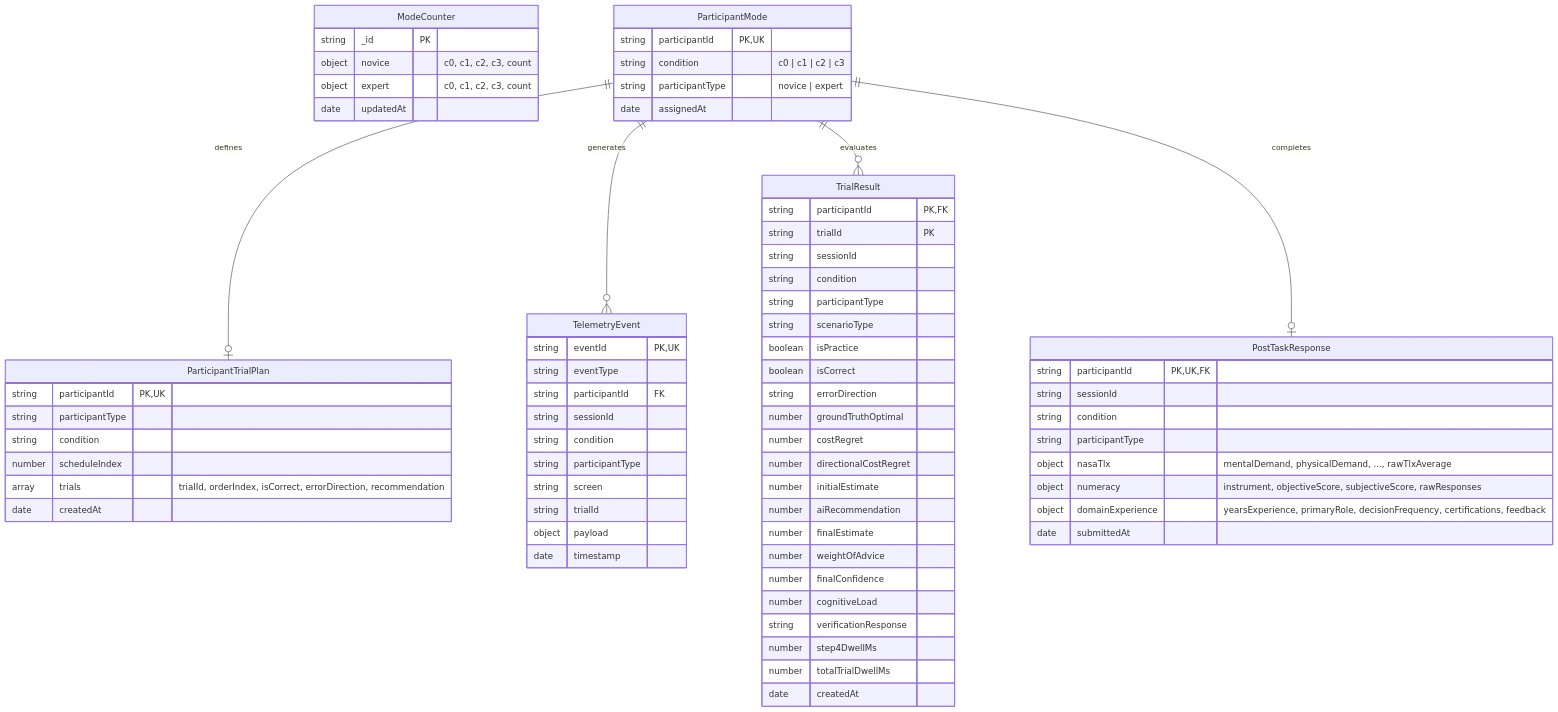
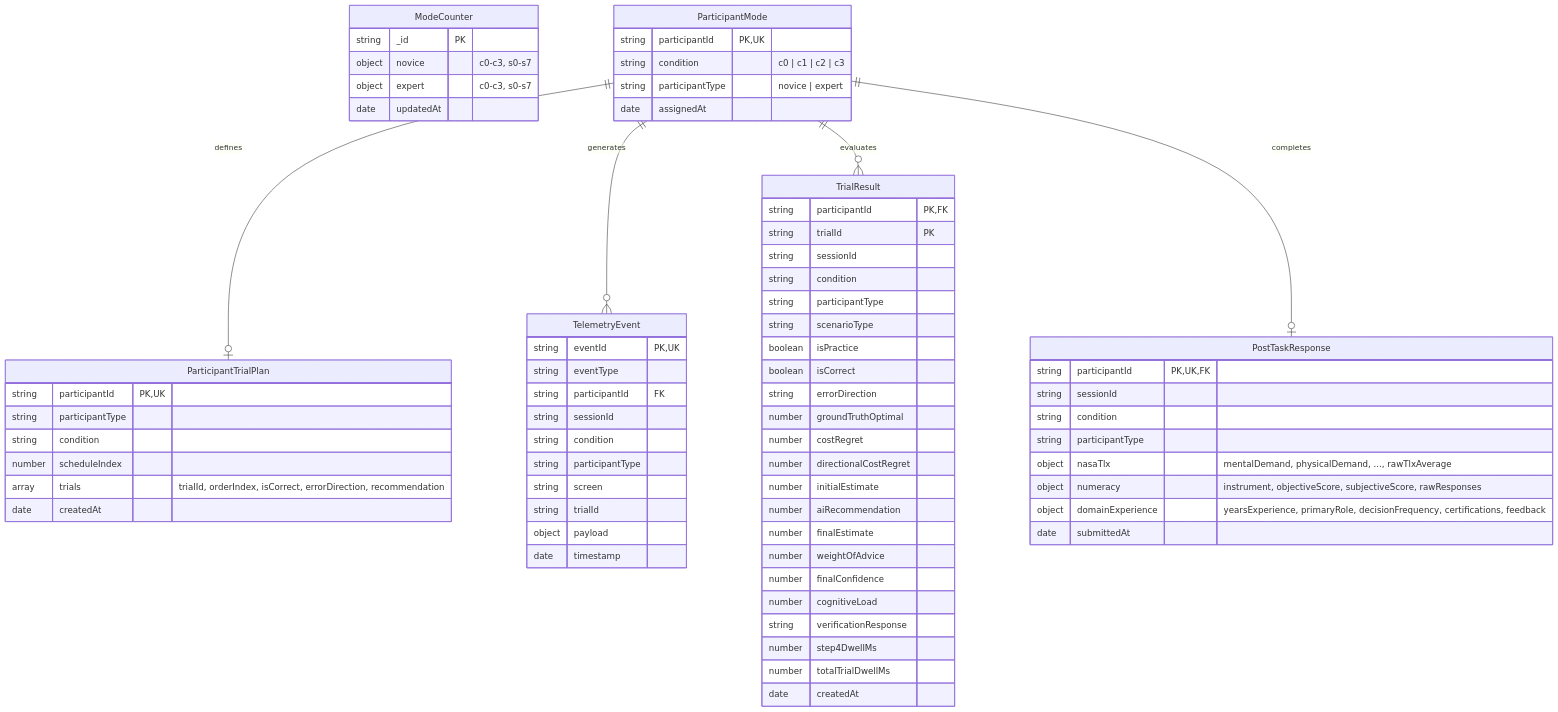
Before and after one commit to pranav18june/CHI-experiment: the third of 4 diagrams in TECHNICAL_REPORT.md, drawn with Mermaid. The commit also changed other lines of this file and 8 other files, not shown here.

````diff
--- a/TECHNICAL_REPORT.md
+++ b/TECHNICAL_REPORT.md
@@ -289,79 +290,79 @@
 ```mermaid
 erDiagram
     ModeCounter {
         string _id PK
-        object novice "c0, c1, c2, c3, count"
-        object expert "c0, c1, c2, c3, count"
+        object novice "c0-c3, s0-s7"
+        object expert "c0-c3, s0-s7"
         date updatedAt
     }
 
     ParticipantMode {
         string participantId PK, UK
         string condition "c0 | c1 | c2 | c3"
         string participantType "novice | expert"
         date assignedAt
     }
 
     ParticipantTrialPlan {
         string participantId PK, UK
         string participantType
         string condition
         number scheduleIndex
         array trials "trialId, orderIndex, isCorrect, errorDirection, recommendation"
         date createdAt
     }
 
     TelemetryEvent {
         string eventId PK, UK
         string eventType
         string participantId FK
         string sessionId
         string condition
         string participantType
         string screen
         string trialId
         object payload
         date timestamp
     }
 
     TrialResult {
         string participantId PK, FK
         string trialId PK
         string sessionId
         string condition
         string participantType
         string scenarioType
         boolean isPractice
         boolean isCorrect
         string errorDirection
         number groundTruthOptimal
         number costRegret
         number directionalCostRegret
         number initialEstimate
         number aiRecommendation
         number finalEstimate
         number weightOfAdvice
         number finalConfidence
         number cognitiveLoad
         string verificationResponse
         number step4DwellMs
         number totalTrialDwellMs
         date createdAt
     }
 
     PostTaskResponse {
         string participantId PK, UK, FK
         string sessionId
         string condition
         string participantType
         object nasaTlx "mentalDemand, physicalDemand, ..., rawTlxAverage"
         object numeracy "instrument, objectiveScore, subjectiveScore, rawResponses"
         object domainExperience "yearsExperience, primaryRole, decisionFrequency, certifications, feedback"
         date submittedAt
     }
 
     ParticipantMode ||--o| ParticipantTrialPlan : "defines"
     ParticipantMode ||--o{ TelemetryEvent : "generates"
     ParticipantMode ||--o{ TrialResult : "evaluates"
     ParticipantMode ||--o| PostTaskResponse : "completes"
 ```
````
